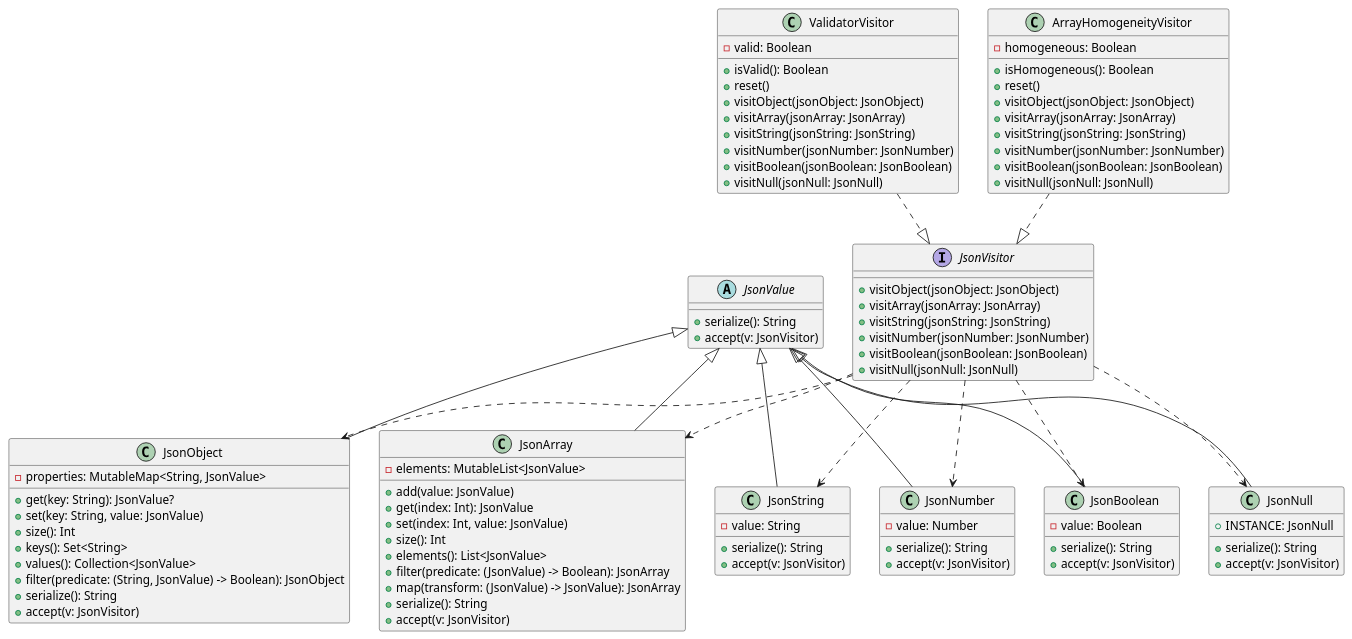
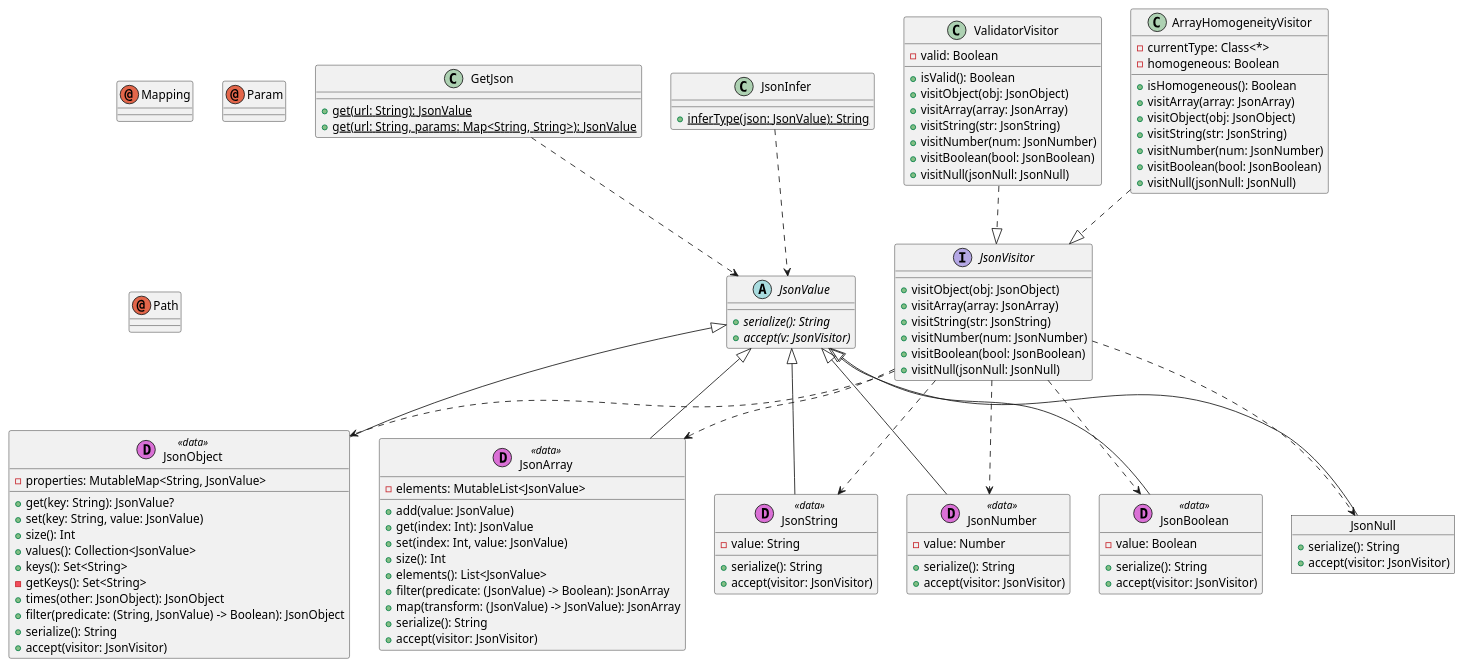
One commit to Bonviniv/KJsonServe changed the diagram in docs/JsonModelDiagram.puml. Above: the diagram before and after it, drawn with PlantUML. The commit also changed 2 other files, not shown here.

Commit message:
update UML

```diff
--- a/docs/JsonModelDiagram.puml
+++ b/docs/JsonModelDiagram.puml
@@ -1,113 +1,132 @@
 @startuml JsonModelDiagram
 
 ' Definição da hierarquia JSON
 abstract class JsonValue {
-  + serialize(): String
-  + accept(v: JsonVisitor)
+  + {abstract} serialize(): String
+  + {abstract} accept(v: JsonVisitor)
 }
 
-class JsonObject {
+class JsonObject << (D,orchid) data >> {
   - properties: MutableMap<String, JsonValue>
   + get(key: String): JsonValue?
   + set(key: String, value: JsonValue)
   + size(): Int
+  + values(): Collection<JsonValue>
   + keys(): Set<String>
-  + values(): Collection<JsonValue>
+  - getKeys(): Set<String>
+  + times(other: JsonObject): JsonObject
   + filter(predicate: (String, JsonValue) -> Boolean): JsonObject
   + serialize(): String
-  + accept(v: JsonVisitor)
+  + accept(visitor: JsonVisitor)
 }
 
-class JsonArray {
+class JsonArray << (D,orchid) data >> {
   - elements: MutableList<JsonValue>
   + add(value: JsonValue)
   + get(index: Int): JsonValue
   + set(index: Int, value: JsonValue)
   + size(): Int
   + elements(): List<JsonValue>
   + filter(predicate: (JsonValue) -> Boolean): JsonArray
   + map(transform: (JsonValue) -> JsonValue): JsonArray
   + serialize(): String
-  + accept(v: JsonVisitor)
+  + accept(visitor: JsonVisitor)
 }
 
-class JsonString {
+class JsonString << (D,orchid) data >> {
   - value: String
   + serialize(): String
-  + accept(v: JsonVisitor)
+  + accept(visitor: JsonVisitor)
 }
 
-class JsonNumber {
+class JsonNumber << (D,orchid) data >> {
   - value: Number
   + serialize(): String
-  + accept(v: JsonVisitor)
+  + accept(visitor: JsonVisitor)
 }
 
-class JsonBoolean {
+class JsonBoolean << (D,orchid) data >> {
   - value: Boolean
   + serialize(): String
-  + accept(v: JsonVisitor)
+  + accept(visitor: JsonVisitor)
 }
 
-class JsonNull {
-  + INSTANCE: JsonNull
+object JsonNull {
   + serialize(): String
-  + accept(v: JsonVisitor)
+  + accept(visitor: JsonVisitor)
 }
 
 ' Visitor interface
 interface JsonVisitor {
-  + visitObject(jsonObject: JsonObject)
-  + visitArray(jsonArray: JsonArray)
-  + visitString(jsonString: JsonString)
-  + visitNumber(jsonNumber: JsonNumber)
-  + visitBoolean(jsonBoolean: JsonBoolean)
+  + visitObject(obj: JsonObject)
+  + visitArray(array: JsonArray)
+  + visitString(str: JsonString)
+  + visitNumber(num: JsonNumber)
+  + visitBoolean(bool: JsonBoolean)
   + visitNull(jsonNull: JsonNull)
 }
 
 ' Visitors concretos
 class ValidatorVisitor {
   - valid: Boolean
   + isValid(): Boolean
-  + reset()
-  + visitObject(jsonObject: JsonObject)
-  + visitArray(jsonArray: JsonArray)
-  + visitString(jsonString: JsonString)
-  + visitNumber(jsonNumber: JsonNumber)
-  + visitBoolean(jsonBoolean: JsonBoolean)
+  + visitObject(obj: JsonObject)
+  + visitArray(array: JsonArray)
+  + visitString(str: JsonString)
+  + visitNumber(num: JsonNumber)
+  + visitBoolean(bool: JsonBoolean)
   + visitNull(jsonNull: JsonNull)
 }
 
 class ArrayHomogeneityVisitor {
+  - currentType: Class<*>
   - homogeneous: Boolean
   + isHomogeneous(): Boolean
-  + reset()
-  + visitObject(jsonObject: JsonObject)
-  + visitArray(jsonArray: JsonArray)
-  + visitString(jsonString: JsonString)
-  + visitNumber(jsonNumber: JsonNumber)
-  + visitBoolean(jsonBoolean: JsonBoolean)
+  + visitArray(array: JsonArray)
+  + visitObject(obj: JsonObject)
+  + visitString(str: JsonString)
+  + visitNumber(num: JsonNumber)
+  + visitBoolean(bool: JsonBoolean)
   + visitNull(jsonNull: JsonNull)
 }
+
+' GetJson Framework
+class GetJson {
+  + {static} get(url: String): JsonValue
+  + {static} get(url: String, params: Map<String, String>): JsonValue
+}
+
+class JsonInfer {
+  + {static} inferType(json: JsonValue): String
+}
+
+' Annotations
+annotation Mapping
+annotation Param
+annotation Path
 
 ' Relações de herança
 JsonValue <|-- JsonObject
 JsonValue <|-- JsonArray
 JsonValue <|-- JsonString
 JsonValue <|-- JsonNumber
 JsonValue <|-- JsonBoolean
 JsonValue <|-- JsonNull
 
-' JsonVisitor associações (uso de dependency):
+' JsonVisitor associações (uso de dependency)
 JsonVisitor ..> JsonObject
 JsonVisitor ..> JsonArray
 JsonVisitor ..> JsonString
 JsonVisitor ..> JsonNumber
 JsonVisitor ..> JsonBoolean
 JsonVisitor ..> JsonNull
 
 ' Visitors implementam JsonVisitor
 ValidatorVisitor ..|> JsonVisitor
 ArrayHomogeneityVisitor ..|> JsonVisitor
 
+' GetJson Framework dependencies
+GetJson ..> JsonValue
+JsonInfer ..> JsonValue
+
 @enduml
```
